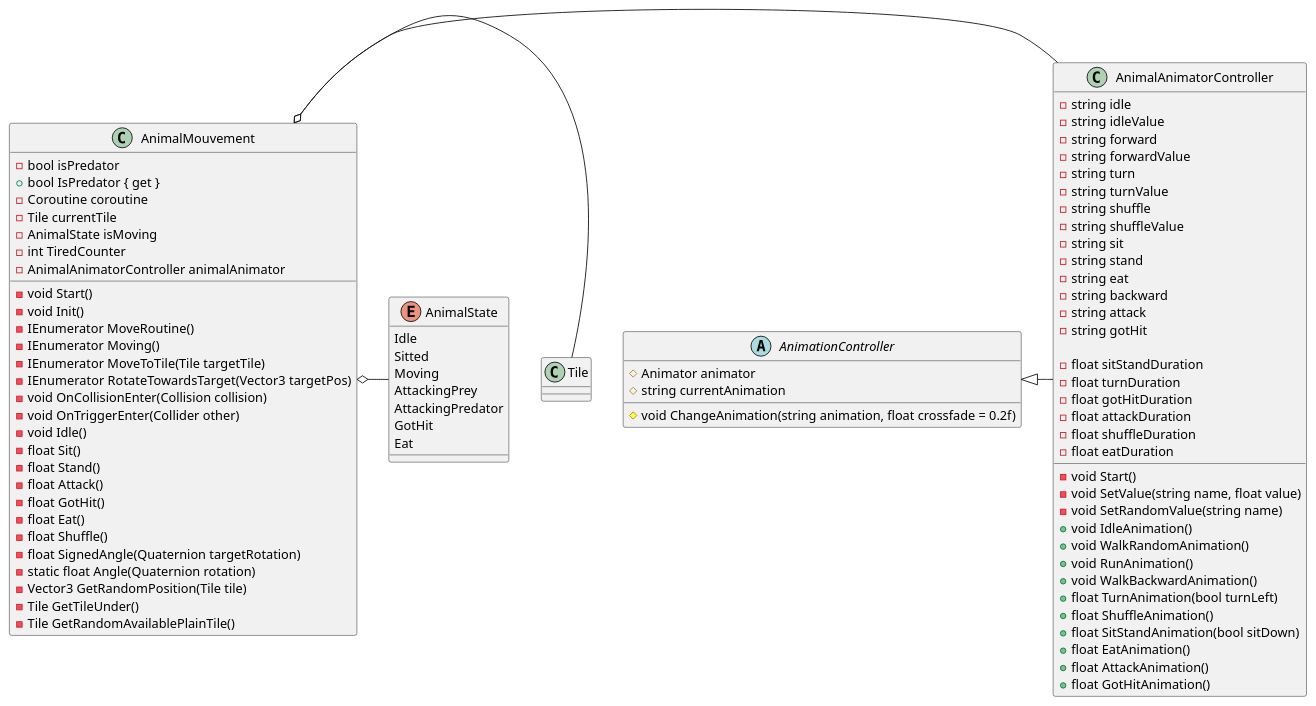
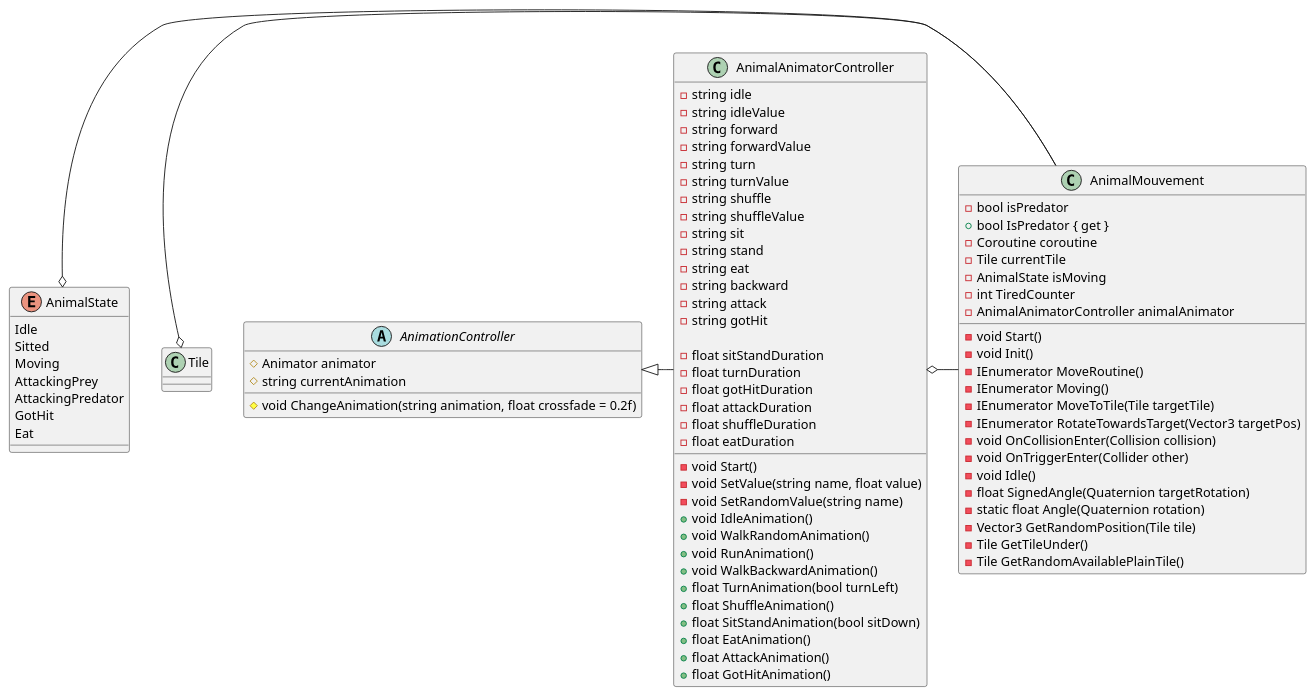
The second of 3 diagrams in Assets/Scripts/Documentation/Environment.puml (LOG725-01/JustOneEarth), drawn with PlantUML before and after one commit. The commit also changed other lines of this file and 16 other files, not shown here.

```diff
--- a/Assets/Scripts/Documentation/Environment.puml
+++ b/Assets/Scripts/Documentation/Environment.puml
@@ -147,97 +147,92 @@
 @startuml Animals 
 
 allow_mixing
 skinparam ComponentBackgroundColor LightSkyBlue
 
 abstract AnimationController {
     # Animator animator
     # string currentAnimation
 
     # void ChangeAnimation(string animation, float crossfade = 0.2f)
 }
 
 class AnimalAnimatorController {
     -string idle
     -string idleValue
     -string forward
     -string forwardValue
     -string turn
     -string turnValue
     -string shuffle
     -string shuffleValue
     -string sit
     -string stand
     -string eat
     -string backward
     -string attack
     -string gotHit
 
     -float sitStandDuration
     -float turnDuration
     -float gotHitDuration
     -float attackDuration
     -float shuffleDuration
     -float eatDuration
 
     -void Start()
     -void SetValue(string name, float value)
     -void SetRandomValue(string name)
     +void IdleAnimation()
     +void WalkRandomAnimation()
     +void RunAnimation()
     +void WalkBackwardAnimation()
     +float TurnAnimation(bool turnLeft)
     +float ShuffleAnimation()
     +float SitStandAnimation(bool sitDown)
     +float EatAnimation()
     +float AttackAnimation()
     +float GotHitAnimation()
 }
 
 enum AnimalState {
     Idle
     Sitted
     Moving
     AttackingPrey
     AttackingPredator
     GotHit
     Eat
 }
 class AnimalMouvement {
     -bool isPredator
     +bool IsPredator { get }
     -Coroutine coroutine
     -Tile currentTile
     -AnimalState isMoving
     -int TiredCounter
     -AnimalAnimatorController animalAnimator
 
     -void Start()
     -void Init()
     -IEnumerator MoveRoutine()
     -IEnumerator Moving()
     -IEnumerator MoveToTile(Tile targetTile)
     -IEnumerator RotateTowardsTarget(Vector3 targetPos)
     -void OnCollisionEnter(Collision collision)
     -void OnTriggerEnter(Collider other)
     -void Idle()
-    -float Sit()
-    -float Stand()
-    -float Attack()
-    -float GotHit()
-    -float Eat()
-    -float Shuffle()
     -float SignedAngle(Quaternion targetRotation)
     -static float Angle(Quaternion rotation) 
     -Vector3 GetRandomPosition(Tile tile)
     -Tile GetTileUnder()
     -Tile GetRandomAvailablePlainTile()
 }
 
 AnimalAnimatorController --l--|> AnimationController
 
-Tile -l--o AnimalMouvement
-AnimalState -l--o AnimalMouvement
-AnimalAnimatorController -l--o AnimalMouvement
+AnimalMouvement -l--o Tile
+AnimalMouvement -l--o AnimalState
+AnimalMouvement -l--o AnimalAnimatorController
+
 
 @enduml
```
